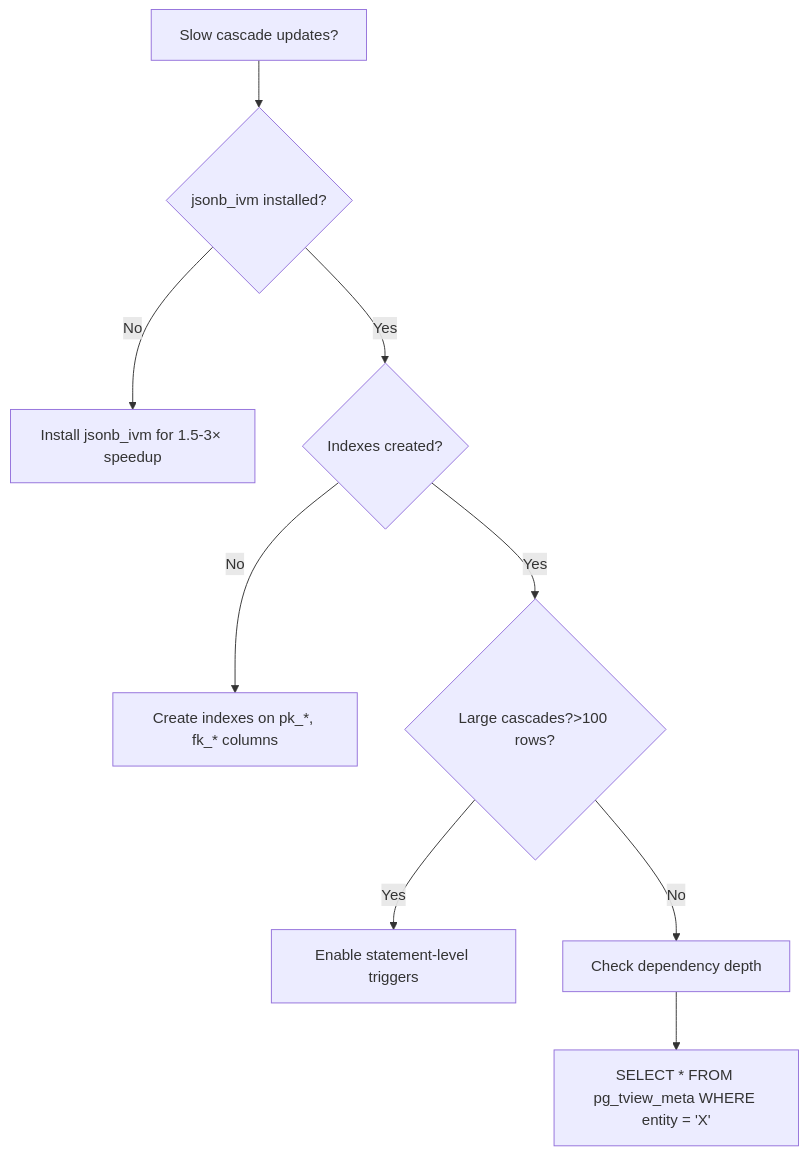
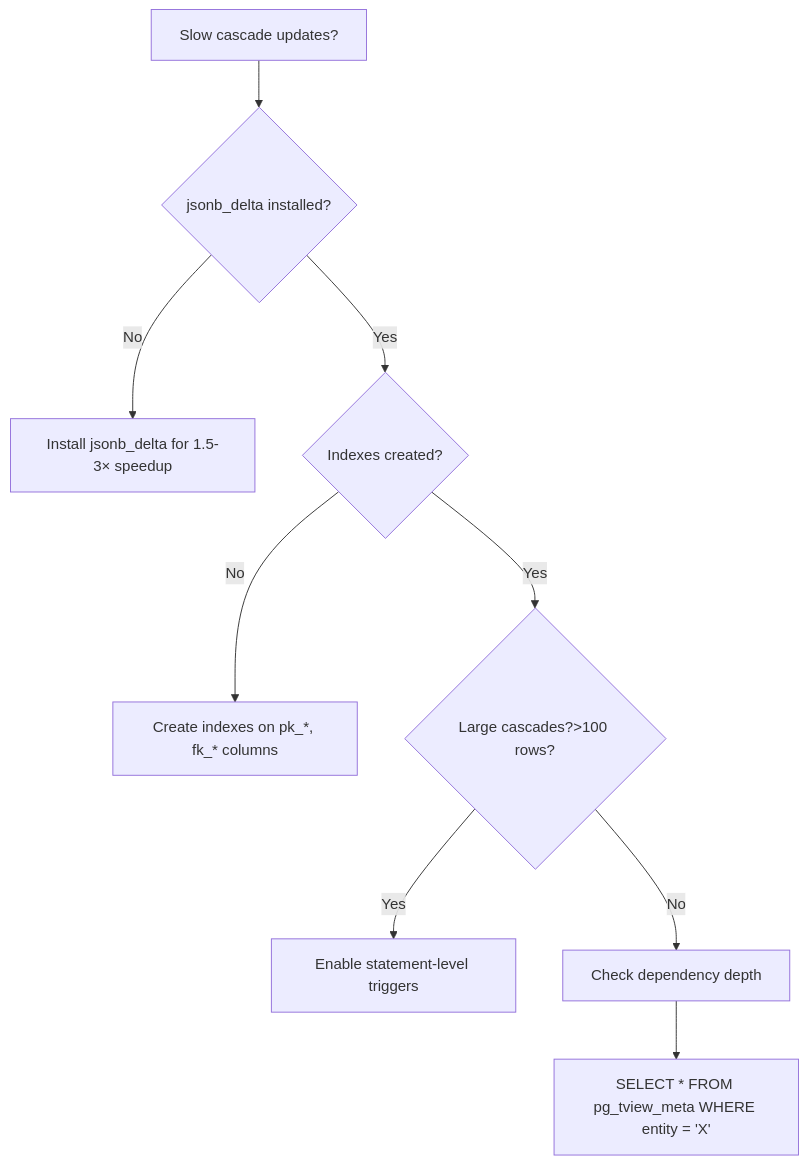
One commit to fraiseql/pg_tviews changed the diagram in .phases/EXCELLENCE_ROADMAP.md. Above: the diagram before and after it, drawn with Mermaid. The commit also changed other lines of this file and 124 other files, not shown here.

First line of the commit message:
refactor: rename jsonb_ivm to jsonb_delta throughout codebase

````diff
--- a/.phases/EXCELLENCE_ROADMAP.md
+++ b/.phases/EXCELLENCE_ROADMAP.md
@@ -506,11 +506,11 @@
 ```mermaid
 flowchart TD
-    A[Slow cascade updates?] --> B{jsonb_ivm installed?}
-    B -->|No| C[Install jsonb_ivm for 1.5-3× speedup]
+    A[Slow cascade updates?] --> B{jsonb_delta installed?}
+    B -->|No| C[Install jsonb_delta for 1.5-3× speedup]
     B -->|Yes| D{Indexes created?}
     D -->|No| E[Create indexes on pk_*, fk_* columns]
     D -->|Yes| F{Large cascades?>100 rows?}
     F -->|Yes| G[Enable statement-level triggers]
     F -->|No| H[Check dependency depth]
     H --> I[SELECT * FROM pg_tview_meta WHERE entity = 'X']
 ```
````
